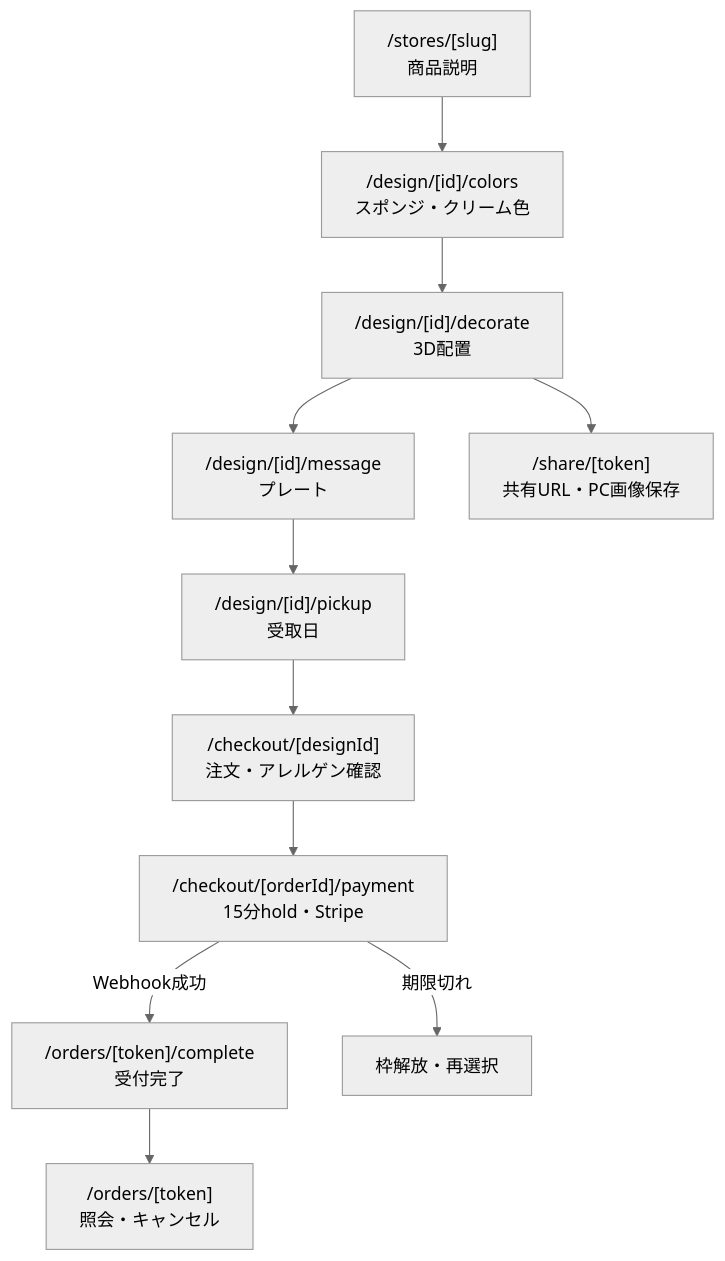
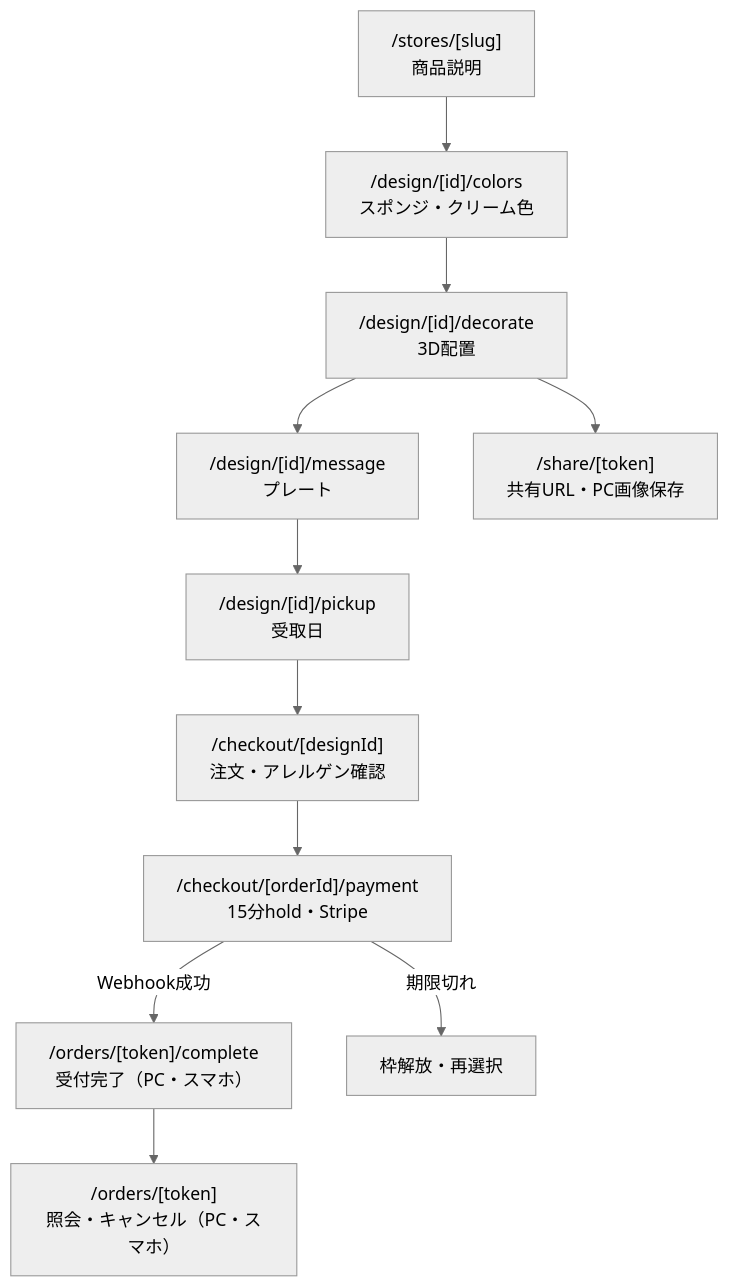
Before and after one commit to fruehlingstee/HEW_2026: the first of 3 diagrams in plan/issue-reference/07-screen-flow.md, drawn with Mermaid (neutral theme). The commit also changed other lines of this file and 6 other files, not shown here.

````diff
--- a/plan/issue-reference/07-screen-flow.md
+++ b/plan/issue-reference/07-screen-flow.md
@@ -9,13 +22,13 @@
 ```mermaid
 flowchart TD
     A["/stores/[slug]<br>商品説明"] --> B["/design/[id]/colors<br>スポンジ・クリーム色"]
     B --> C["/design/[id]/decorate<br>3D配置"]
     C --> D["/design/[id]/message<br>プレート"]
     D --> E["/design/[id]/pickup<br>受取日"]
     E --> F["/checkout/[designId]<br>注文・アレルゲン確認"]
     F --> G["/checkout/[orderId]/payment<br>15分hold・Stripe"]
-    G -->|Webhook成功| H["/orders/[token]/complete<br>受付完了"]
+    G -->|Webhook成功| H["/orders/[token]/complete<br>受付完了（PC・スマホ）"]
     G -->|期限切れ| X["枠解放・再選択"]
-    H --> I["/orders/[token]<br>照会・キャンセル"]
+    H --> I["/orders/[token]<br>照会・キャンセル（PC・スマホ）"]
     C --> S["/share/[token]<br>共有URL・PC画像保存"]
 ```
````
